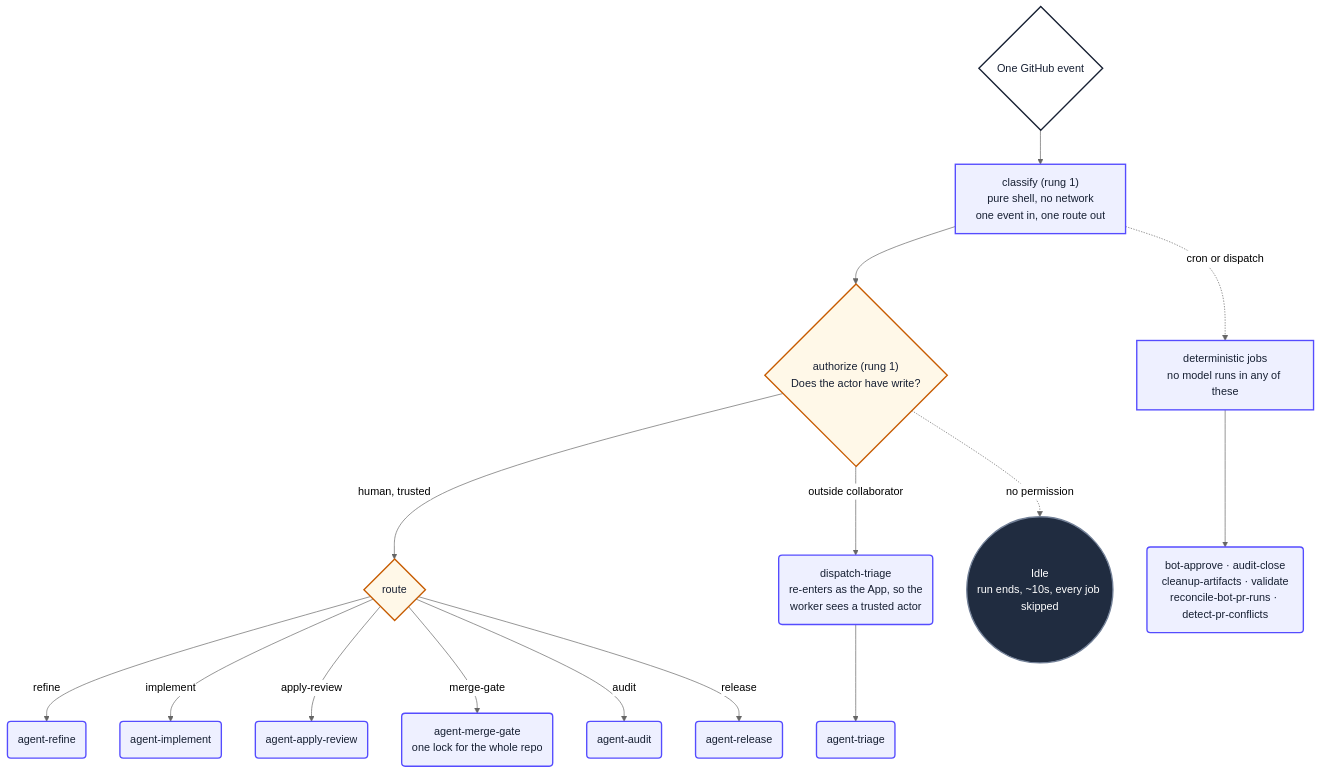
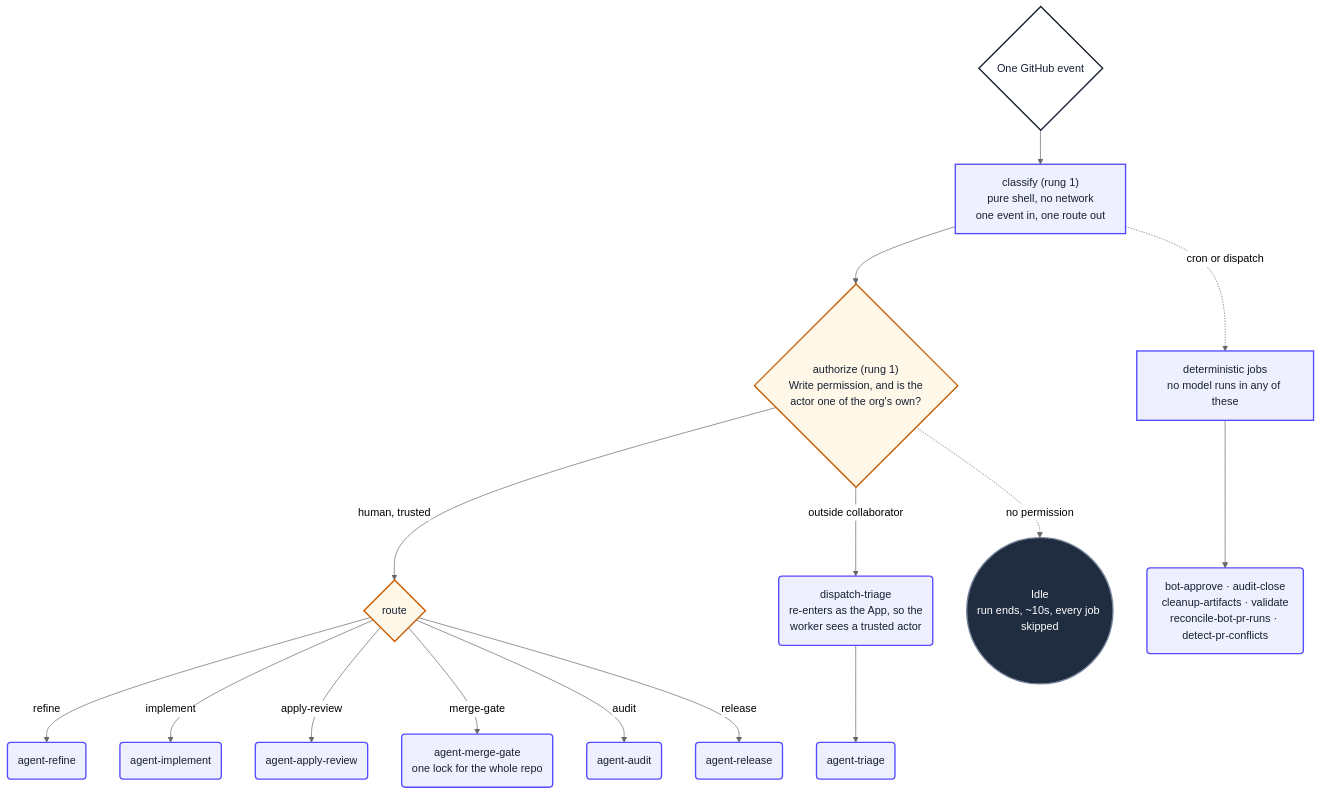
Before and after one commit to PlainConceptsPlatform/agentic-workflows: the first of 9 diagrams in docs/diagrams.md, drawn with Mermaid (neutral theme). The commit also changed other lines of this file and 9 other files, not shown here.

````diff
--- a/docs/diagrams.md
+++ b/docs/diagrams.md
@@ -33,36 +33,36 @@
 ```mermaid
 flowchart TD
     ev{"One GitHub event"} --> classify
     classify["classify (rung 1)<br/>pure shell, no network<br/>one event in, one route out"] --> authorize
-    authorize{"authorize (rung 1)<br/>Does the actor have write?"}
+    authorize{"authorize (rung 1)<br/>Write permission, and is the<br/>actor one of the org's own?"}
     authorize -->|"human, trusted"| work
     authorize -->|"outside collaborator"| triageOnly
     authorize -.->|"no permission"| idle
     work{"route"} -->|refine| wRefine
     work -->|implement| wImpl
     work -->|apply-review| wReview
     work -->|merge-gate| wGate
     work -->|audit| wAudit
     work -->|release| wRelease
     triageOnly("dispatch-triage<br/>re-enters as the App, so the<br/>worker sees a trusted actor") --> wTriage
     wRefine("agent-refine")
     wImpl("agent-implement")
     wReview("agent-apply-review")
     wGate("agent-merge-gate<br/>one lock for the whole repo")
     wAudit("agent-audit")
     wRelease("agent-release")
     wTriage("agent-triage")
     classify -.->|"cron or dispatch"| plumbing
     plumbing["deterministic jobs<br/>no model runs in any of these"] --> pJobs
     pJobs("bot-approve · audit-close<br/>cleanup-artifacts · validate<br/>reconcile-bot-pr-runs · detect-pr-conflicts")
     idle(("Idle<br/>run ends, ~10s, every job skipped"))
 
     classDef start fill:#ffffff,stroke:#172033,stroke-width:2px,color:#172033
     classDef action fill:#eef0ff,stroke:#554cff,stroke-width:2px,color:#172033
     classDef decision fill:#fff8e8,stroke:#c75b00,stroke-width:2px,color:#172033
     classDef idle fill:#202c40,stroke:#738198,stroke-width:2px,color:#ffffff
     class ev start
     class classify,triageOnly,plumbing,pJobs,wRefine,wImpl,wReview,wGate,wAudit,wRelease,wTriage action
     class authorize,work decision
     class idle idle
 ```
````
